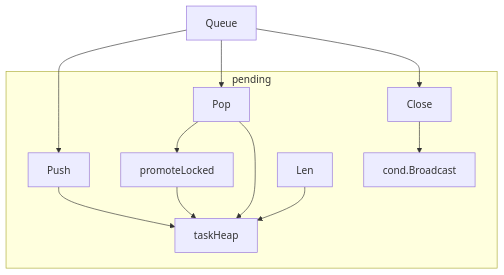
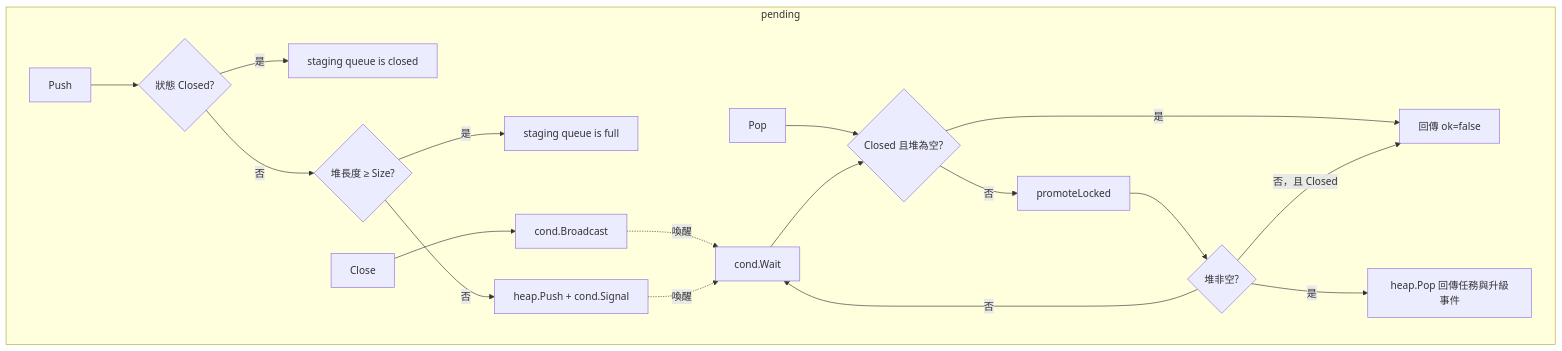
Before and after one commit to pardnchiu/go-queue: the third of 9 diagrams in doc/architecture.zh.md, drawn with Mermaid. The commit also changed other lines of this file and 7 other files, not shown here.

Commit message:
doc: Regenerate bilingual README, usage docs, and architecture for core package

````diff
--- a/doc/architecture.zh.md
+++ b/doc/architecture.zh.md
@@ -48,14 +53,21 @@
 ```mermaid
 graph TB
     subgraph pending
-        Push[Push] --> Heap[taskHeap]
-        Pop[Pop] --> Promote[promoteLocked]
-        Promote --> Heap
-        Pop --> Heap
-        Close[Close] --> Broadcast[cond.Broadcast]
-        Len[Len] --> Heap
+        PS[Push] --> CK{狀態 Closed?}
+        CK -->|是| E1[staging queue is closed]
+        CK -->|否| SZ{堆長度 ≥ Size?}
+        SZ -->|是| E2[staging queue is full]
+        SZ -->|否| HP[heap.Push + cond.Signal]
+        PO[Pop] --> LP{Closed 且堆為空?}
+        LP -->|是| EXIT[回傳 ok=false]
+        LP -->|否| PM[promoteLocked]
+        PM --> HN{堆非空?}
+        HN -->|是| POP[heap.Pop 回傳任務與升級事件]
+        HN -->|否，且 Closed| EXIT
+        HN -->|否| WT[cond.Wait]
+        WT --> LP
+        CLS[Close] --> BC[cond.Broadcast]
     end
-    Queue[Queue] --> Push
-    Queue --> Pop
-    Queue --> Close
+    BC -.->|喚醒| WT
+    HP -.->|喚醒| WT
 ```
````
